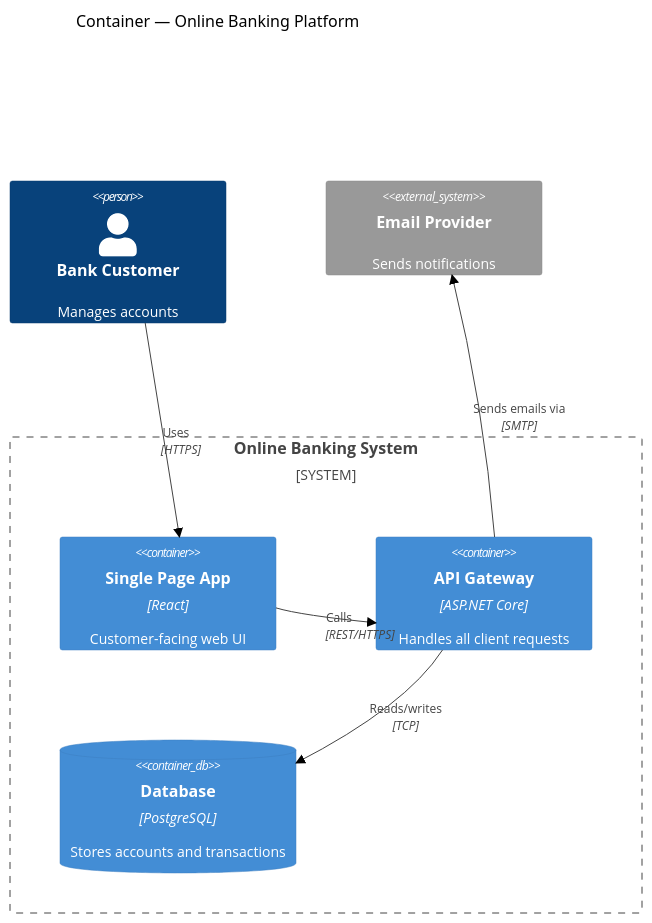
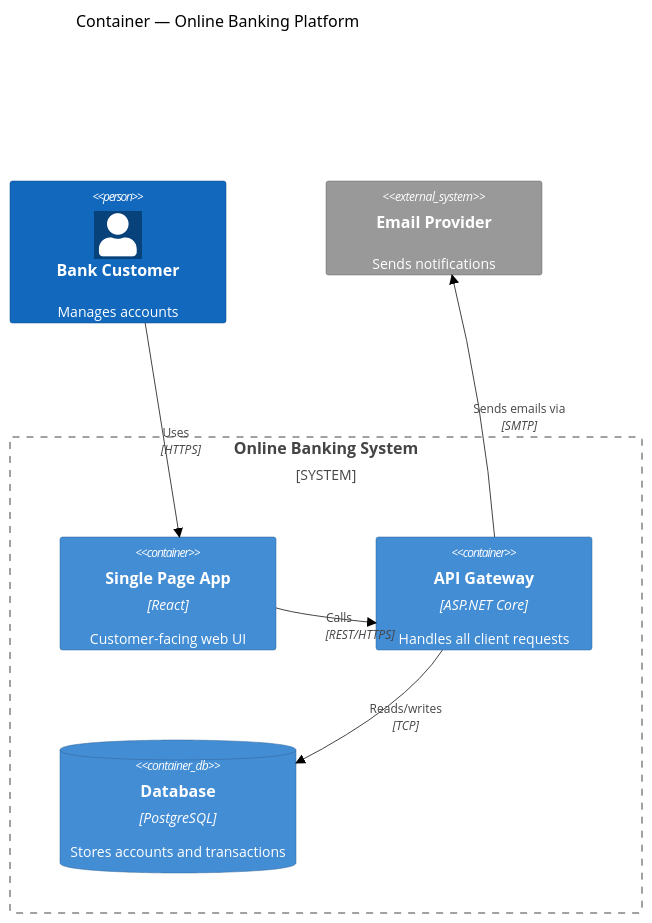
Before and after one commit to JSdotNet/Copilot: the third of 4 diagrams in plugins/architecture/instructions/c4/c4-global-instructions.md, drawn with Mermaid (neutral theme). The commit also changed other lines of this file and 12 other files, not shown here.

````diff
--- a/plugins/architecture/instructions/c4/c4-global-instructions.md
+++ b/plugins/architecture/instructions/c4/c4-global-instructions.md
@@ -96,15 +130,21 @@
 ```mermaid
 C4Container
   title Container — Online Banking Platform
   Person(customer, "Bank Customer", "Manages accounts")
   System_Boundary(banking, "Online Banking System") {
     Container(spa, "Single Page App", "React", "Customer-facing web UI")
     Container(api, "API Gateway", "ASP.NET Core", "Handles all client requests")
     ContainerDb(db, "Database", "PostgreSQL", "Stores accounts and transactions")
   }
   System_Ext(email, "Email Provider", "Sends notifications")
   Rel(customer, spa, "Uses", "HTTPS")
   Rel(spa, api, "Calls", "REST/HTTPS")
   Rel(api, db, "Reads/writes", "TCP")
   Rel(api, email, "Sends emails via", "SMTP")
+
+  UpdateElementStyle(customer, $bgColor="#1168BD", $fontColor="#FFFFFF", $borderColor="#0B4884")
+  UpdateElementStyle(spa, $bgColor="#438DD5", $fontColor="#FFFFFF", $borderColor="#2E6295")
+  UpdateElementStyle(api, $bgColor="#438DD5", $fontColor="#FFFFFF", $borderColor="#2E6295")
+  UpdateElementStyle(db, $bgColor="#438DD5", $fontColor="#FFFFFF", $borderColor="#2E6295")
+  UpdateElementStyle(email, $bgColor="#999999", $fontColor="#FFFFFF", $borderColor="#6B6B6B")
 ```
````
